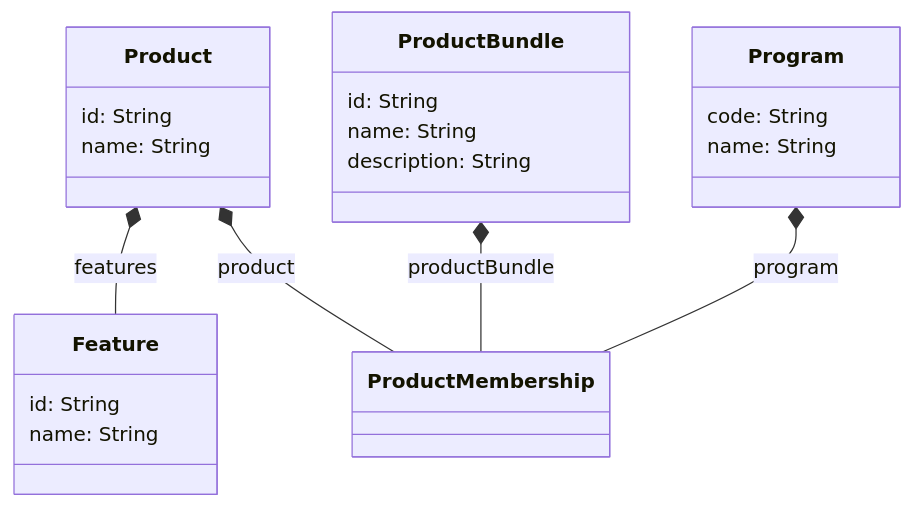
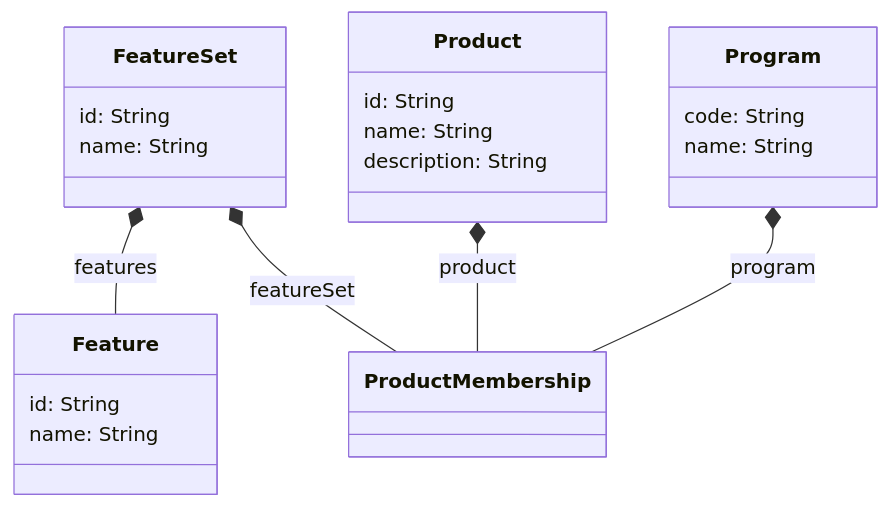
The second of 2 diagrams in docs/data-model.md (scalasm/entitlements-demo), drawn with Mermaid before and after one commit. The commit also changed other lines of this file and 14 other files, not shown here.

````diff
--- a/docs/data-model.md
+++ b/docs/data-model.md
@@ -37,32 +37,32 @@
 ```mermaid
 classDiagram
     class Feature {
         id: String
         name: String 
     }
 
-    class Product {
+    class FeatureSet {
         id: String
         name: String 
     }
 
-    Product *-- Feature: features
+    FeatureSet *-- Feature: features
 
     class Program {
         code: String
         name: String
     }
 
-    class ProductBundle {
+    class Product {
         id: String
         name: String
         description: String
     }
 
     class ProductMembership {
     }
 
-    ProductBundle *-- ProductMembership: productBundle
     Product *-- ProductMembership: product
+    FeatureSet *-- ProductMembership: featureSet
     Program *-- ProductMembership: program
 ```
````
